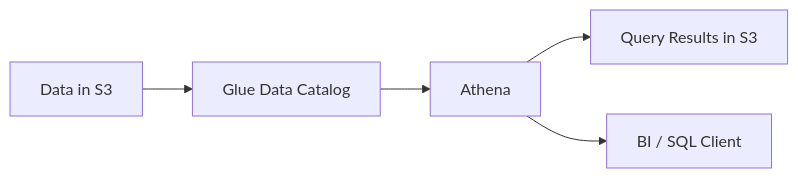
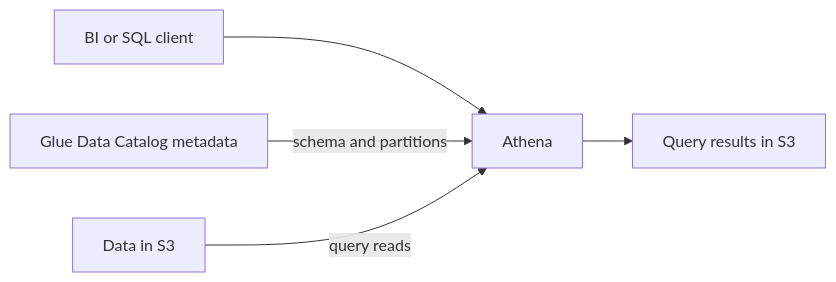
Before and after one commit to rooneyviet/aws-learning-obsidian: the diagram in 07 - Management, Monitoring, and Operations/Amazon Athena.md, drawn with Mermaid. The commit also changed 16 other files, not shown here.

Commit message:
update diagrams

````diff
--- a/07 - Management, Monitoring, and Operations/Amazon Athena.md
+++ b/07 - Management, Monitoring, and Operations/Amazon Athena.md
@@ -25,7 +25,7 @@
 ```mermaid
 flowchart LR
-    S3[Data in S3] --> GC[Glue Data Catalog]
-    GC --> ATH[Athena]
-    ATH --> R[Query Results in S3]
-    ATH --> BI[BI / SQL Client]
+    BI[BI or SQL client] --> ATH[Athena]
+    GC[Glue Data Catalog metadata] -->|schema and partitions| ATH
+    S3[Data in S3] -->|query reads| ATH
+    ATH --> R[Query results in S3]
 ```
````
